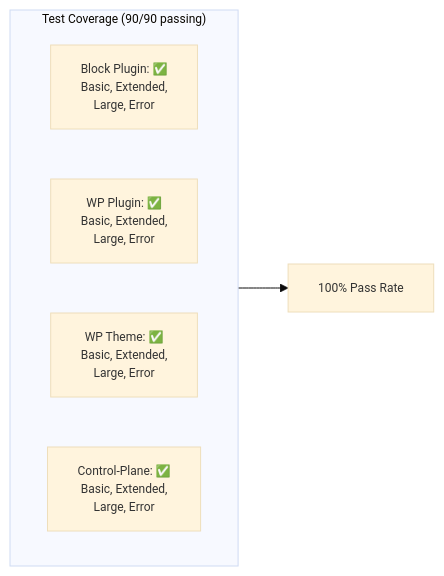
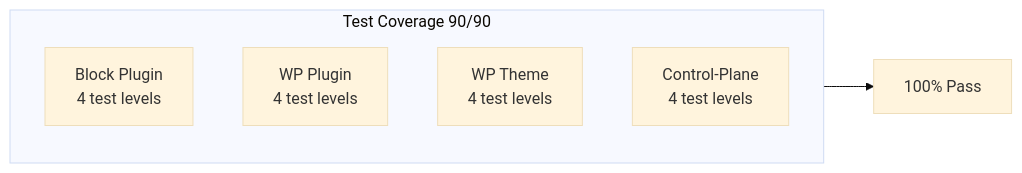
One commit to lightspeedwp/.github changed the first of 2 diagrams in .github/projects/active/linting-agent-2026-08-12/KICKOFF_PHASE4.md. Above: the diagram before and after it, drawn with Mermaid. The commit also changed other lines of this file, not shown here.

Commit message:
fix: Remove HTML br tags from Mermaid diagrams for accessibility compliance

````diff
--- a/.github/projects/active/linting-agent-2026-08-12/KICKOFF_PHASE4.md
+++ b/.github/projects/active/linting-agent-2026-08-12/KICKOFF_PHASE4.md
@@ -214,12 +214,12 @@
 ```mermaid
-%%{init: {'theme': 'base', 'themeVariables': { 'fontSize': '12px'}}}%%
+%%{init: {'theme': 'base'}}%%
 graph LR
-    subgraph tests ["Test Coverage (90/90 passing)"]
-        direction LR
-        B["Block Plugin: ✅<br/>Basic, Extended,<br/>Large, Error"]
-        W["WP Plugin: ✅<br/>Basic, Extended,<br/>Large, Error"]
-        T["WP Theme: ✅<br/>Basic, Extended,<br/>Large, Error"]
-        C["Control-Plane: ✅<br/>Basic, Extended,<br/>Large, Error"]
+    subgraph tests ["Test Coverage 90/90"]
+        direction TB
+        B["Block Plugin<br/>4 test levels"]
+        W["WP Plugin<br/>4 test levels"]
+        T["WP Theme<br/>4 test levels"]
+        C["Control-Plane<br/>4 test levels"]
     end
-    tests --> P["100% Pass Rate"]
+    tests --> P["100% Pass"]
 ```
````
